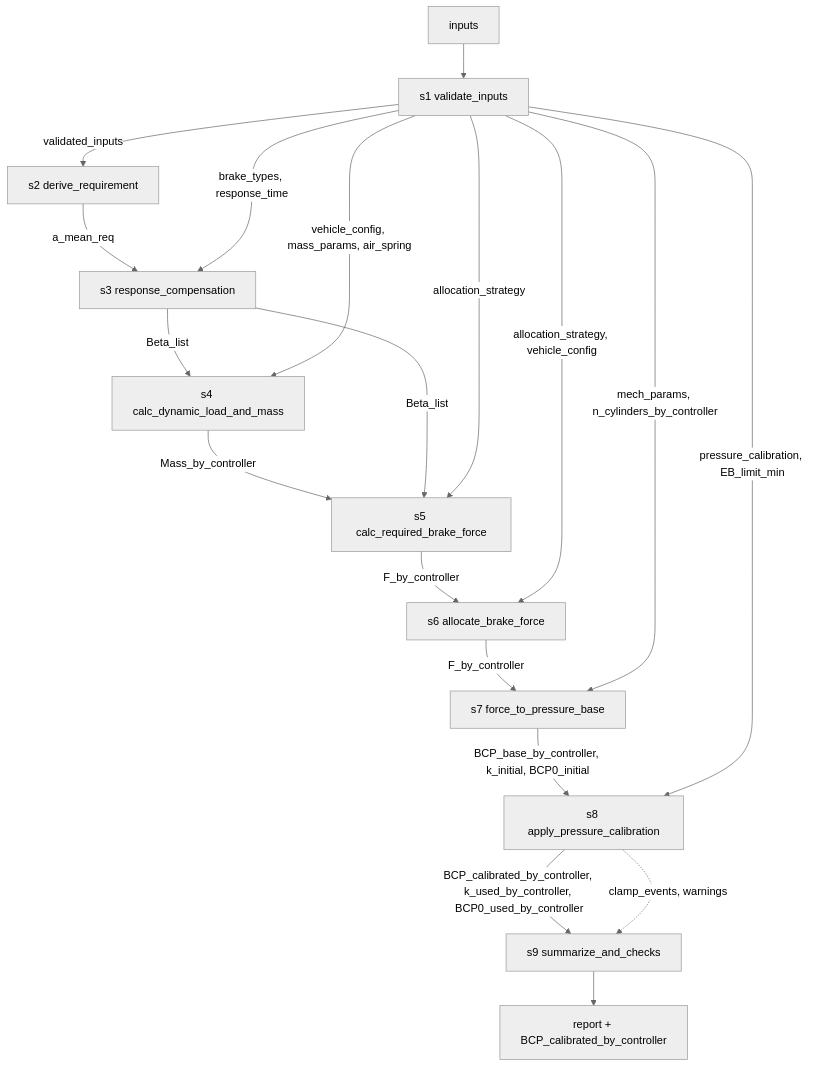
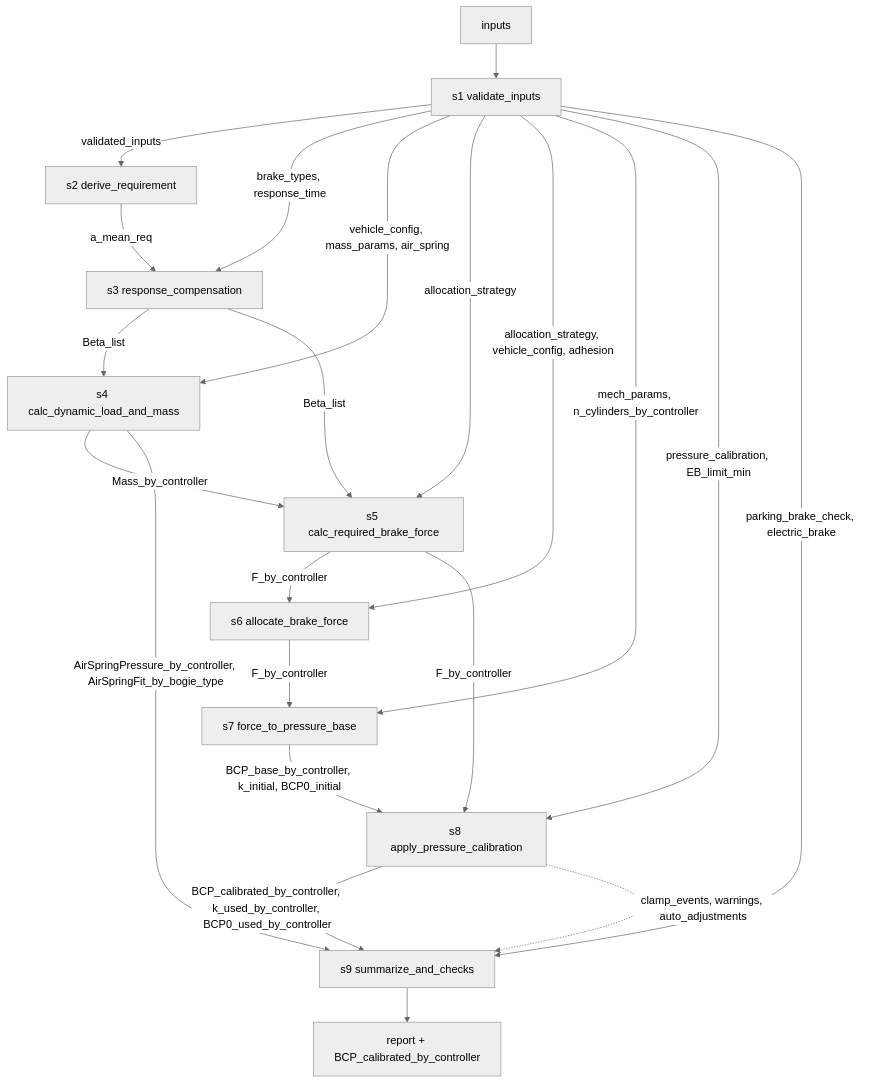
One commit to diowang13/Brake_Calc changed the diagram in specs/Brake_Calc_ Workflow_Spec_v1.0.md. Above: the diagram before and after it, drawn with Mermaid (neutral theme). The commit also changed other lines of this file and 32 other files, not shown here.

````diff
--- a/specs/Brake_Calc_ Workflow_Spec_v1.0.md
+++ b/specs/Brake_Calc_ Workflow_Spec_v1.0.md
@@ -248,21 +410,31 @@
 ```mermaid
 flowchart TD
   IN[inputs] --> S1[s1 validate_inputs]
   S1 -->|validated_inputs| S2[s2 derive_requirement]
   S2 -->|a_mean_req| S3[s3 response_compensation]
   S1 -->|brake_types, response_time| S3
+
   S3 -->|Beta_list| S4[s4 calc_dynamic_load_and_mass]
   S1 -->|vehicle_config, mass_params, air_spring| S4
+
   S4 -->|Mass_by_controller| S5[s5 calc_required_brake_force]
   S3 -->|Beta_list| S5
   S1 -->|allocation_strategy| S5
+
   S5 -->|F_by_controller| S6[s6 allocate_brake_force]
-  S1 -->|allocation_strategy, vehicle_config| S6
+  S1 -->|allocation_strategy, vehicle_config, adhesion| S6
+
   S6 -->|F_by_controller| S7[s7 force_to_pressure_base]
   S1 -->|mech_params, n_cylinders_by_controller| S7
+
   S7 -->|BCP_base_by_controller, k_initial, BCP0_initial| S8[s8 apply_pressure_calibration]
   S1 -->|pressure_calibration, EB_limit_min| S8
+  S5 -->|F_by_controller| S8
+
   S8 -->|BCP_calibrated_by_controller, k_used_by_controller, BCP0_used_by_controller| S9[s9 summarize_and_checks]
-  S8 -.clamp_events, warnings.-> S9
+  S8 -.clamp_events, warnings, auto_adjustments.-> S9
+  S1 -->|parking_brake_check, electric_brake| S9
+  S4 -->|AirSpringPressure_by_controller, AirSpringFit_by_bogie_type| S9
+
   S9 --> OUT[report + BCP_calibrated_by_controller]
 ```
````
